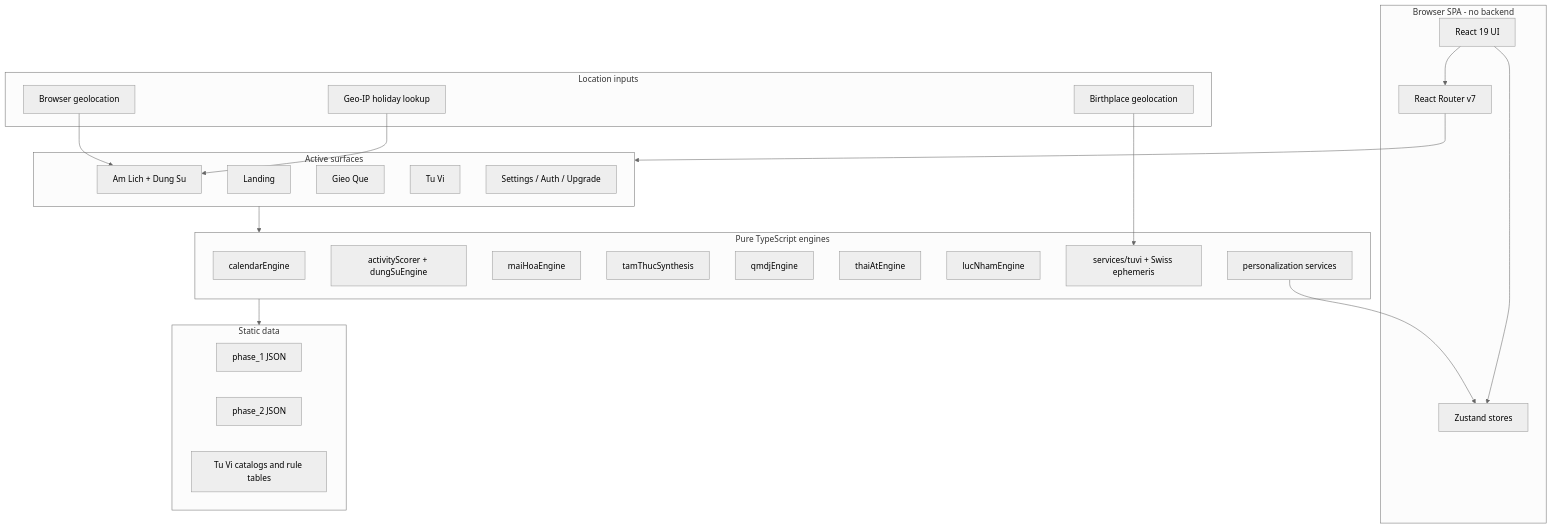
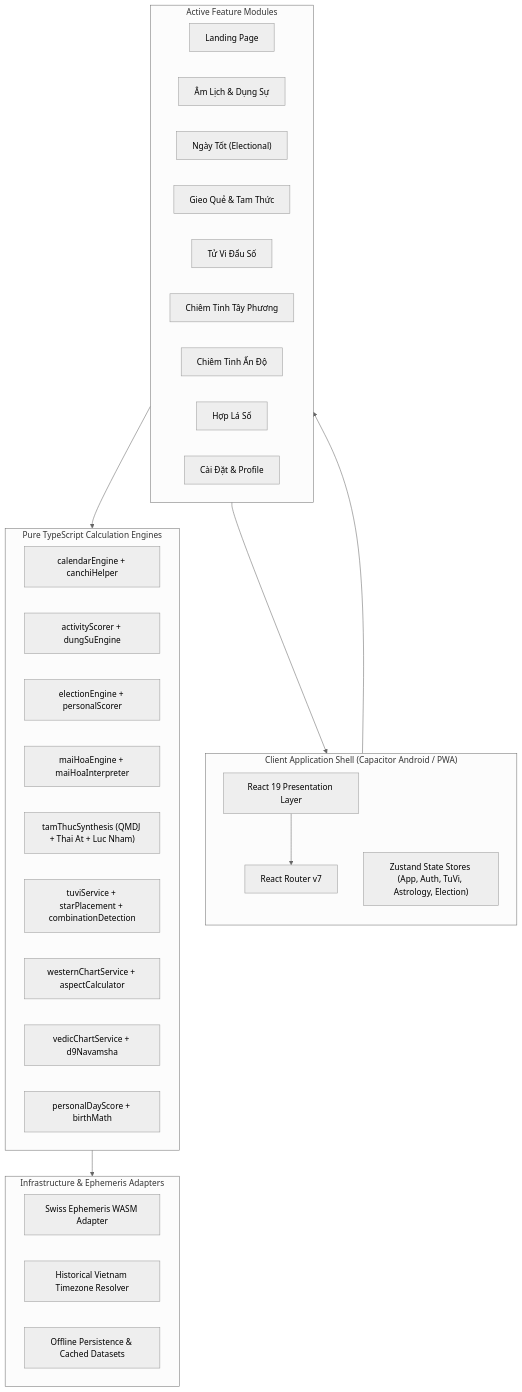
The diagram in docs/tech/ARCHITECTURE.md (jakessteve/lich-viet-android), drawn with Mermaid (neutral theme) before and after one commit. The commit also changed other lines of this file and 66 other files, not shown here.

Commit message:
feat: implement comprehensive dark mode support for Tử Vi charts and integrate advanced astrology services including Vedic Yogas, moon phases, and aspect patterns.

````diff
--- a/docs/tech/ARCHITECTURE.md
+++ b/docs/tech/ARCHITECTURE.md
@@ -56,48 +46,44 @@
 ```mermaid
 graph TB
-    subgraph Browser["Browser SPA - no backend"]
-        UI["React 19 UI"]
+    subgraph ClientShell["Client Application Shell (Capacitor Android / PWA)"]
+        direction TB
+        UI["React 19 Presentation Layer"]
         Router["React Router v7"]
-        Stores["Zustand stores"]
+        Stores["Zustand State Stores (App, Auth, TuVi, Astrology, Election)"]
     end
 
-    subgraph Surfaces["Active surfaces"]
-        Landing["Landing"]
-        AmLich["Am Lich + Dung Su"]
-        GieoQue["Gieo Que"]
-        TuVi["Tu Vi"]
-        Support["Settings / Auth / Upgrade"]
+    subgraph Surfaces["Active Feature Modules"]
+        Landing["Landing Page"]
+        AmLich["Âm Lịch & Dụng Sự"]
+        NgayTot["Ngày Tốt (Electional)"]
+        GieoQue["Gieo Quẻ & Tam Thức"]
+        TuVi["Tử Vi Đẩu Số"]
+        Western["Chiêm Tinh Tây Phương"]
+        Vedic["Chiêm Tinh Ấn Độ"]
+        Synastry["Hợp Lá Số"]
+        Settings["Cài Đặt & Profile"]
     end
 
-    subgraph Engines["Pure TypeScript engines"]
-        Calendar["calendarEngine"]
+    subgraph DomainEngines["Pure TypeScript Calculation Engines"]
+        Calendar["calendarEngine + canchiHelper"]
         DungSu["activityScorer + dungSuEngine"]
-        MaiHoa["maiHoaEngine"]
-        TamThuc["tamThucSynthesis"]
-        QMDJ["qmdjEngine"]
-        ThaiAt["thaiAtEngine"]
-        LucNham["lucNhamEngine"]
-        TuViEng["services/tuvi + Swiss ephemeris"]
-        Personal["personalization services"]
+        Election["electionEngine + personalScorer"]
+        MaiHoa["maiHoaEngine + maiHoaInterpreter"]
+        TamThuc["tamThucSynthesis (QMDJ + Thai At + Luc Nham)"]
+        TuViEng["tuviService + starPlacement + combinationDetection"]
+        WesternEng["westernChartService + aspectCalculator"]
+        VedicEng["vedicChartService + d9Navamsha"]
+        Personal["personalDayScore + birthMath"]
     end
 
-    subgraph Location["Location inputs"]
-        BrowserGeo["Browser geolocation"]
-        GeoIp["Geo-IP holiday lookup"]
-        Birthplace["Birthplace geolocation"]
-    end
-
-    subgraph Data["Static data"]
-        Phase1["phase_1 JSON"]
-        Phase2["phase_2 JSON"]
-        TuViData["Tu Vi catalogs and rule tables"]
+    subgraph Infrastructure["Infrastructure & Ephemeris Adapters"]
+        Swiss["Swiss Ephemeris WASM Adapter"]
+        TZ["Historical Vietnam Timezone Resolver"]
+        Storage["Offline Persistence & Cached Datasets"]
     end
 
     UI --> Router --> Surfaces
-    UI --> Stores
-    Surfaces --> Engines --> Data
-    BrowserGeo --> AmLich
-    GeoIp --> AmLich
-    Birthplace --> TuViEng
-    Personal --> Stores
+    Surfaces --> Stores
+    Surfaces --> DomainEngines
+    DomainEngines --> Infrastructure
 ```
````
